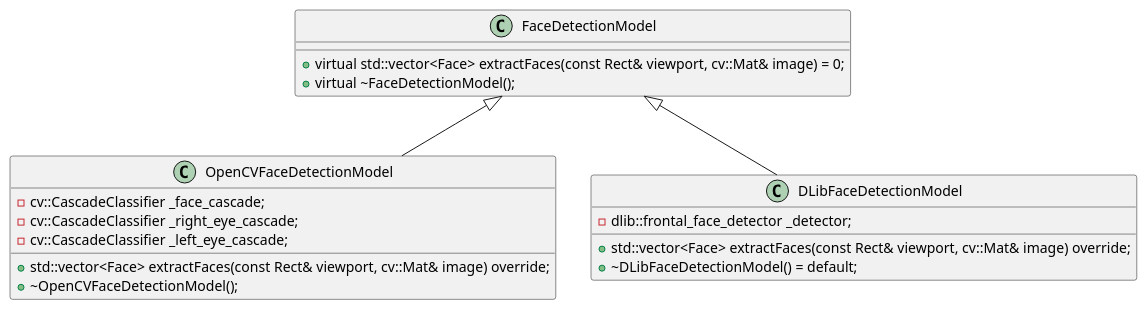
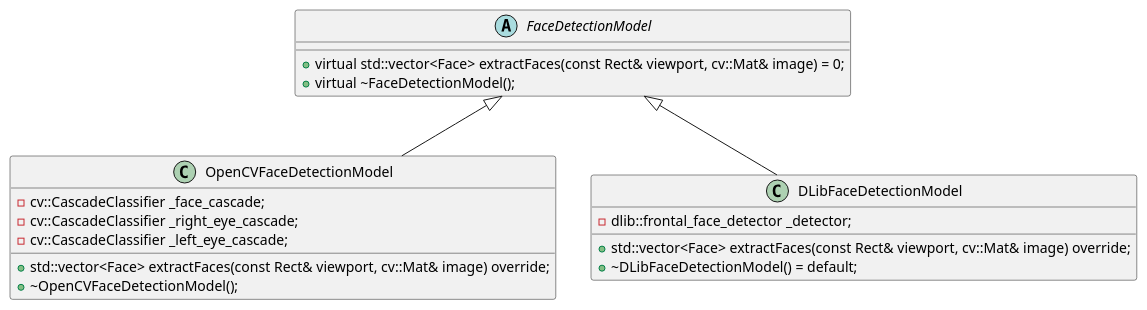
One commit to st235/HSE.2DImageProcessing.Week7 changed the diagram in UML/face_detection.puml. Above: the diagram before and after it, drawn with PlantUML. The commit also changed 4 other files, not shown here.

```diff
--- a/UML/face_detection.puml
+++ b/UML/face_detection.puml
@@ -1,26 +1,26 @@
 @startuml
 
-class FaceDetectionModel {
+abstract class FaceDetectionModel {
 + virtual std::vector<Face> extractFaces(const Rect& viewport, cv::Mat& image) = 0;
 + virtual ~FaceDetectionModel();
 }
 
 class OpenCVFaceDetectionModel {
 - cv::CascadeClassifier _face_cascade;
 - cv::CascadeClassifier _right_eye_cascade;
 - cv::CascadeClassifier _left_eye_cascade;
 
 + std::vector<Face> extractFaces(const Rect& viewport, cv::Mat& image) override;
 + ~OpenCVFaceDetectionModel();
 }
 
 class DLibFaceDetectionModel {
 - dlib::frontal_face_detector _detector;
 + std::vector<Face> extractFaces(const Rect& viewport, cv::Mat& image) override;
 + ~DLibFaceDetectionModel() = default;
 }
 
 FaceDetectionModel <|-- OpenCVFaceDetectionModel
 FaceDetectionModel <|-- DLibFaceDetectionModel
 
 @enduml
```
